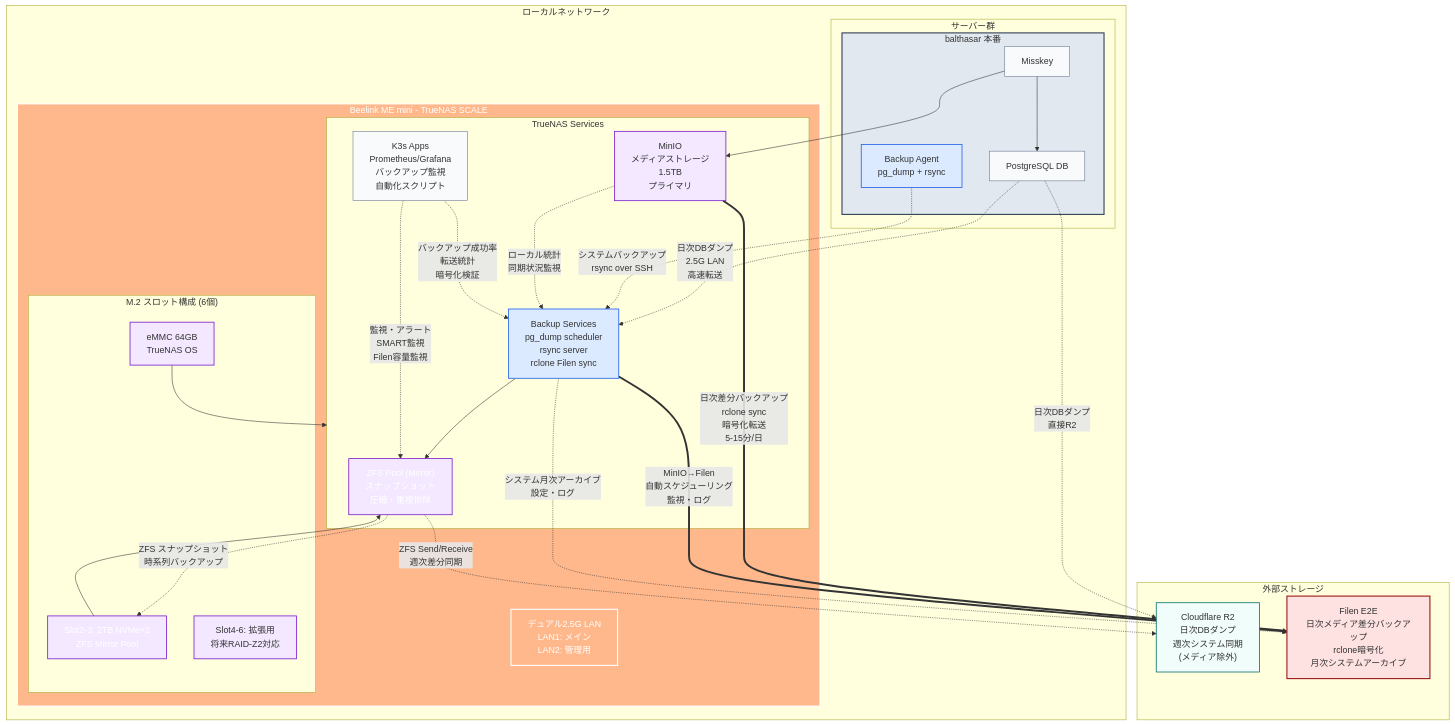
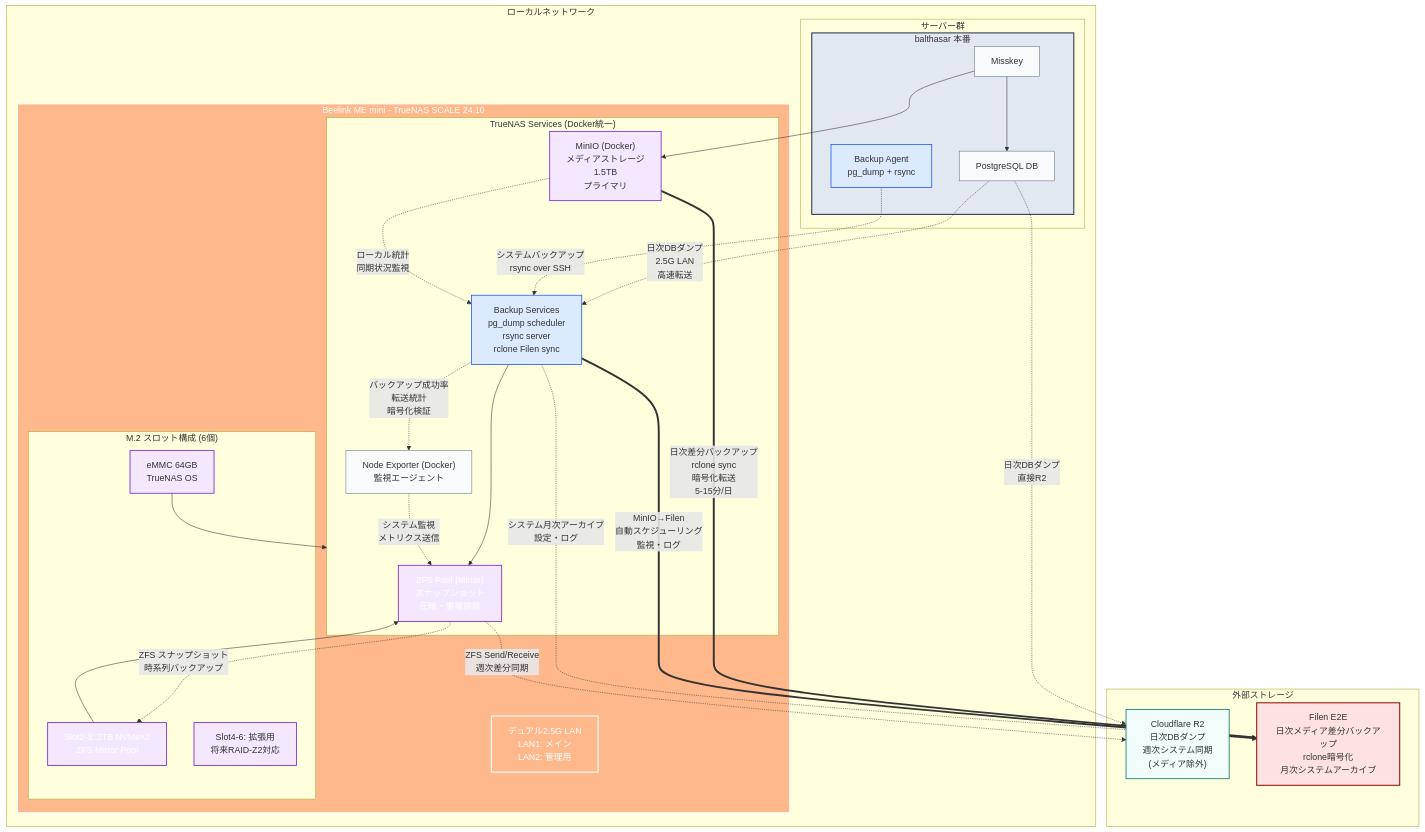
One commit to yamisskey-dev/hosted-list changed the fourth of 4 diagrams in README.md. Above: the diagram before and after it, drawn with Mermaid. The commit also changed other lines of this file, not shown here.

```diff
--- a/README.md
+++ b/README.md
@@ -316,18 +316,18 @@
     subgraph internal["ローカルネットワーク"]
         
         %% Beelink TrueNAS
-        subgraph beelink_nas["Beelink ME mini - TrueNAS SCALE"]
+        subgraph beelink_nas["Beelink ME mini - TrueNAS SCALE 24.10"]
             subgraph m2_slots["M.2 スロット構成 (6個)"]
                 emmc["eMMC 64GB<br/>TrueNAS OS"]:::storage
                 slot23["Slot2-3: 2TB NVMe×2<br/>ZFS Mirror Pool"]:::zfs
                 slot456["Slot4-6: 拡張用<br/>将来RAID-Z2対応"]:::storage
             end
             
-            subgraph truenas_services["TrueNAS Services"]
+            subgraph truenas_services["TrueNAS Services (Docker統一)"]
                 zfs_pool["ZFS Pool (Mirror)<br/>スナップショット<br/>圧縮・重複排除"]:::zfs
                 backup_svc["Backup Services<br/>pg_dump scheduler<br/>rsync server<br/>rclone Filen sync"]:::backup
-                k3s_apps["K3s Apps<br/>Prometheus/Grafana<br/>バックアップ監視<br/>自動化スクリプト"]:::service
-                minio["MinIO<br/>メディアストレージ<br/>1.5TB<br/>プライマリ"]:::storage
+                minio["MinIO (Docker)<br/>メディアストレージ<br/>1.5TB<br/>プライマリ"]:::storage
+                node_exporter["Node Exporter (Docker)<br/>監視エージェント"]:::service
             end
             
             dual_lan["デュアル2.5G LAN<br/>LAN1: メイン<br/>LAN2: 管理用"]:::beelink
@@ -368,9 +368,9 @@
     backup1 -.->|"システムバックアップ<br/>rsync over SSH"| backup_svc
     minio -.->|"ローカル統計<br/>同期状況監視"| backup_svc
     
-    %% Coordination and monitoring
-    k3s_apps -.->|"監視・アラート<br/>SMART監視<br/>Filen容量監視"| zfs_pool
-    k3s_apps -.->|"バックアップ成功率<br/>転送統計<br/>暗号化検証"| backup_svc
+    %% Monitoring flows
+    node_exporter -.->|"システム監視<br/>メトリクス送信"| zfs_pool
+    backup_svc -.->|"バックアップ成功率<br/>転送統計<br/>暗号化検証"| node_exporter
     
     %% External sync flows  
     backup_svc -.->|"システム月次アーカイブ<br/>設定・ログ"| filen
@@ -378,7 +378,7 @@
     %% Apply styles
     class balthasar server
     class beelink_nas beelink
-    class misskey1,db1,k3s_apps service
+    class misskey1,db1,node_exporter service
     class backup_svc,backup1 backup
     class r2 cloud
     class filen encrypted
```
